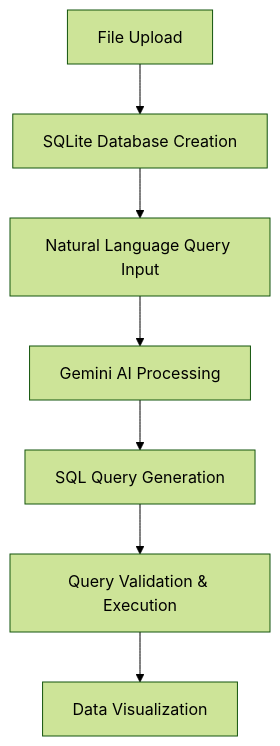
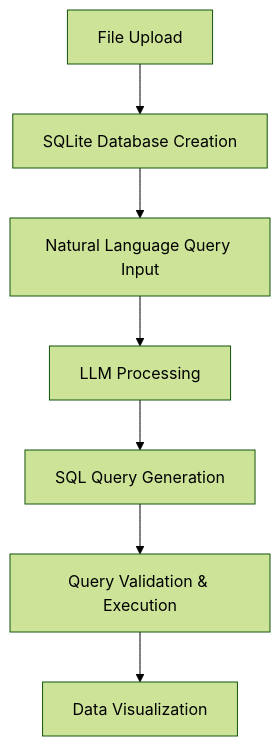
The diagram in README.md (Akshat21112005/NEUROBASE), drawn with Mermaid (forest theme) before and after one commit. The commit also changed other lines of this file and 7 other files, not shown here.

````diff
--- a/README.md
+++ b/README.md
@@ -18,9 +18,9 @@
 ```mermaid
 graph TB
     A[File Upload] --> B[SQLite Database Creation]
     B --> C[Natural Language Query Input]
-    C --> D[Gemini AI Processing]
+    C --> D[LLM Processing]
     D --> E[SQL Query Generation]
     E --> F[Query Validation & Execution]
     F --> G[Data Visualization]
 ```
````
